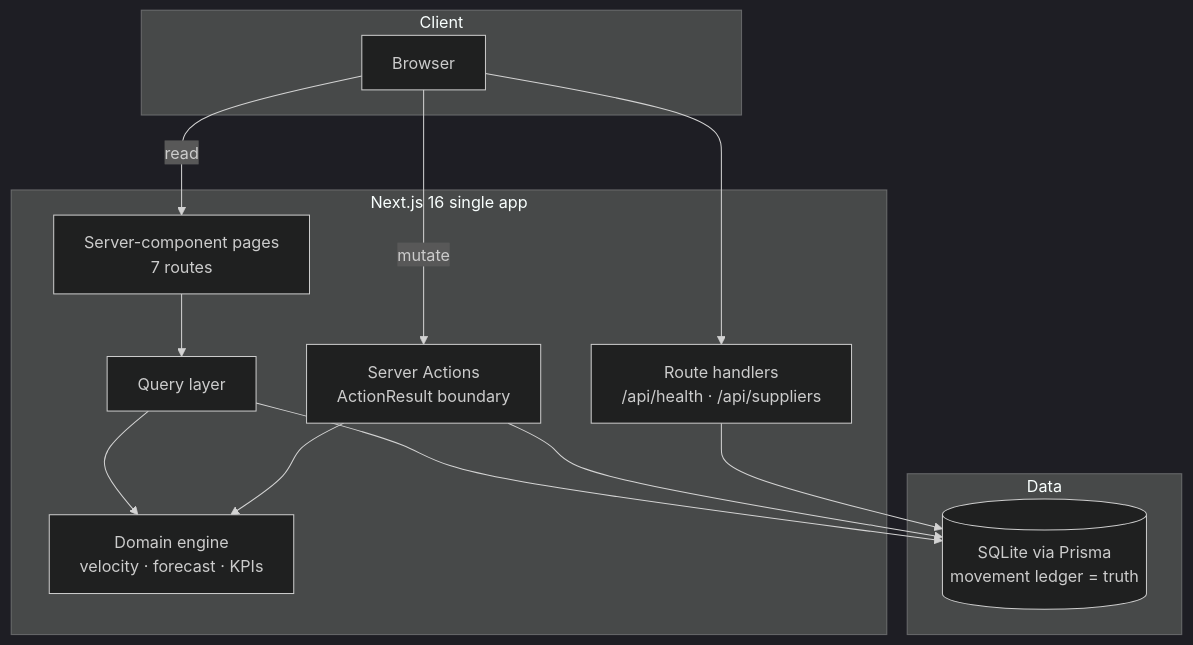
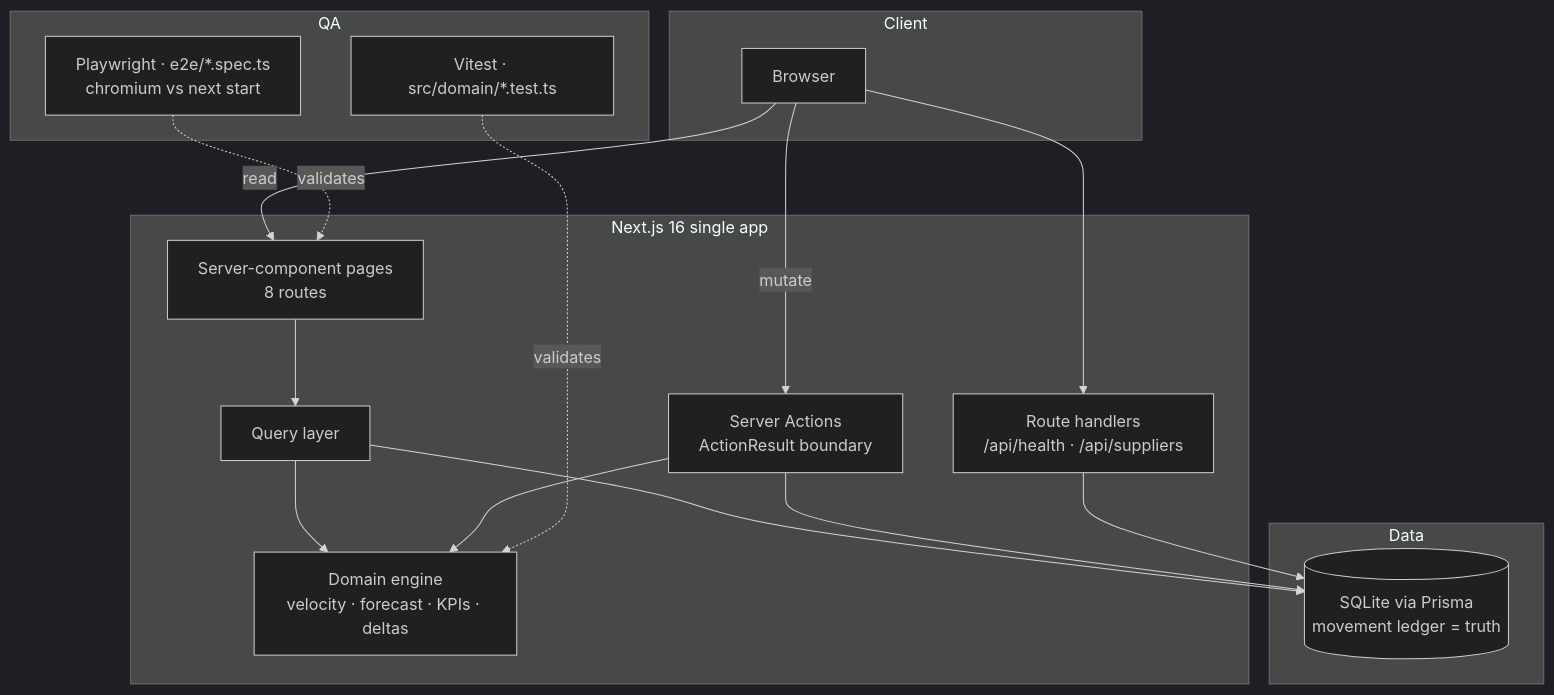
The diagram in README.md (nordeim/supply-chain-management), drawn with Mermaid (dark theme) before and after one commit. The commit also changed other lines of this file and 19 other files, not shown here.

````diff
--- a/README.md
+++ b/README.md
@@ -49,23 +54,29 @@
 ```mermaid
 flowchart TB
     subgraph Client
         B[Browser]
     end
     subgraph App[Next.js 16 single app]
-        P[Server-component pages<br/>7 routes]
+        P[Server-component pages<br/>8 routes]
         A[Server Actions<br/>ActionResult boundary]
         Q[Query layer]
-        D[Domain engine<br/>velocity · forecast · KPIs]
+        D[Domain engine<br/>velocity · forecast · KPIs · deltas]
         H[Route handlers<br/>/api/health · /api/suppliers]
     end
     subgraph Data
         DB[(SQLite via Prisma<br/>movement ledger = truth)]
+    end
+    subgraph QA
+        V[Vitest · src/domain/*.test.ts]
+        W[Playwright · e2e/*.spec.ts<br/>chromium vs next start]
     end
     B -->|read| P
     B -->|mutate| A
     P --> Q --> DB
     A --> DB
     Q --> D
     A --> D
     B --> H --> DB
+    V -.validates.-> D
+    W -.validates.-> P
 ```
````
